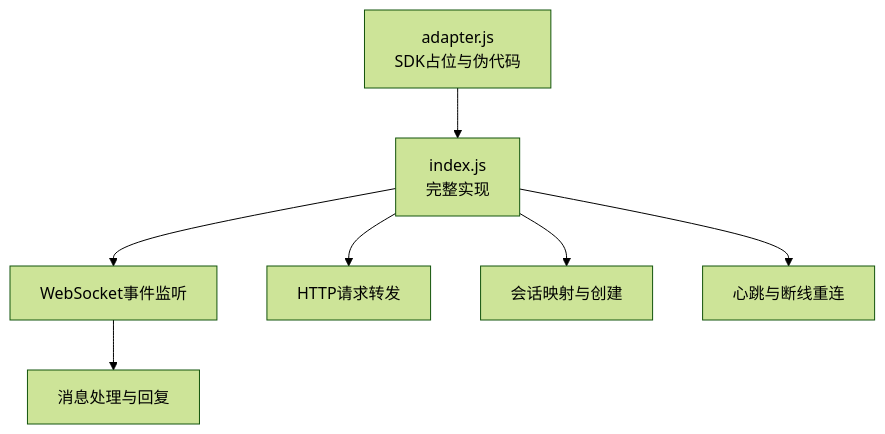
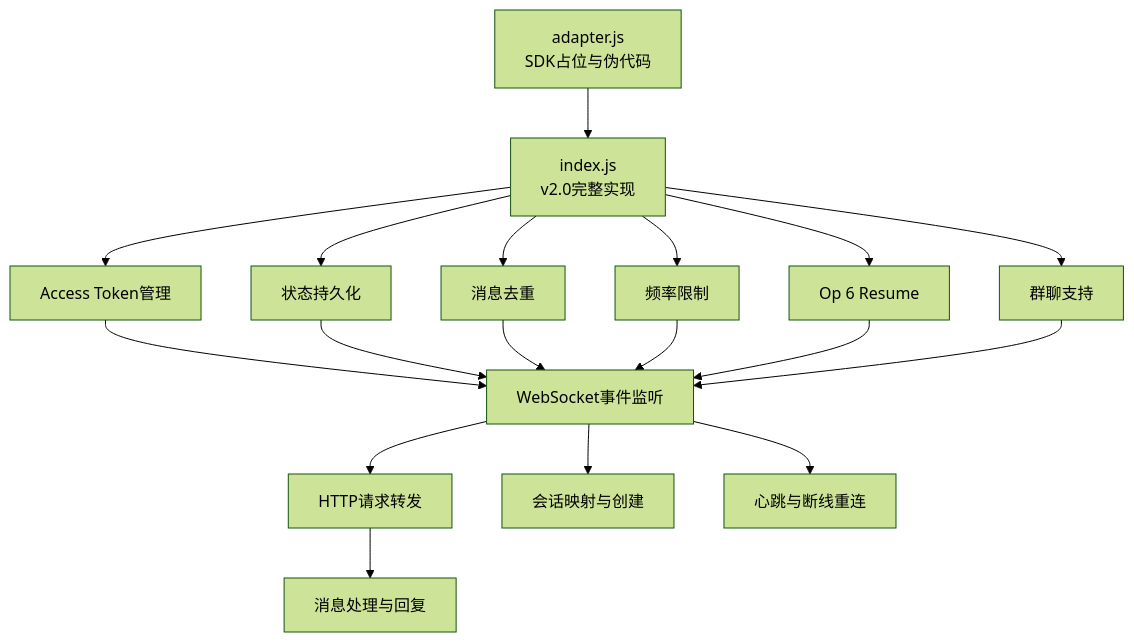
The third of 11 diagrams in .qoder/repowiki/zh/content/多平台适配器/QQ机器人适配器.md (L1mingyoung/ex), drawn with Mermaid (forest theme) before and after one commit. The commit also changed other lines of this file and 17 other files, not shown here.

````diff
--- a/.qoder/repowiki/zh/content/多平台适配器/QQ机器人适配器.md
+++ b/.qoder/repowiki/zh/content/多平台适配器/QQ机器人适配器.md
@@ -135,9 +152,20 @@
 ```mermaid
 flowchart TD
-A["adapter.js<br/>SDK占位与伪代码"] --> B["index.js<br/>完整实现"]
-B --> C["WebSocket事件监听"]
-B --> D["HTTP请求转发"]
-B --> E["会话映射与创建"]
-B --> F["心跳与断线重连"]
-C --> G["消息处理与回复"]
+A["adapter.js<br/>SDK占位与伪代码"] --> B["index.js<br/>v2.0完整实现"]
+B --> C["Access Token管理"]
+B --> D["状态持久化"]
+B --> E["消息去重"]
+B --> F["频率限制"]
+B --> G["Op 6 Resume"]
+B --> H["群聊支持"]
+C --> I["WebSocket事件监听"]
+D --> I
+E --> I
+F --> I
+G --> I
+H --> I
+I --> J["HTTP请求转发"]
+I --> K["会话映射与创建"]
+I --> L["心跳与断线重连"]
+J --> M["消息处理与回复"]
 ```
````
